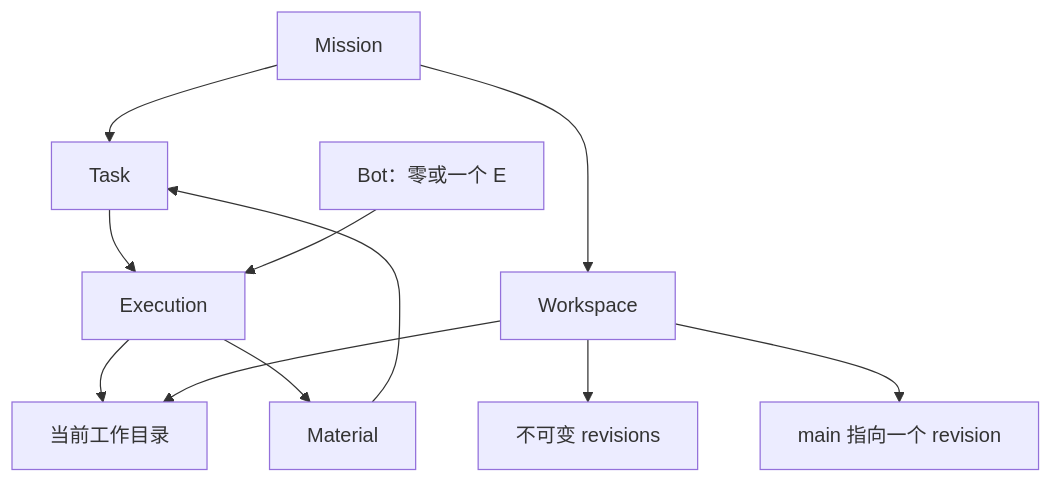
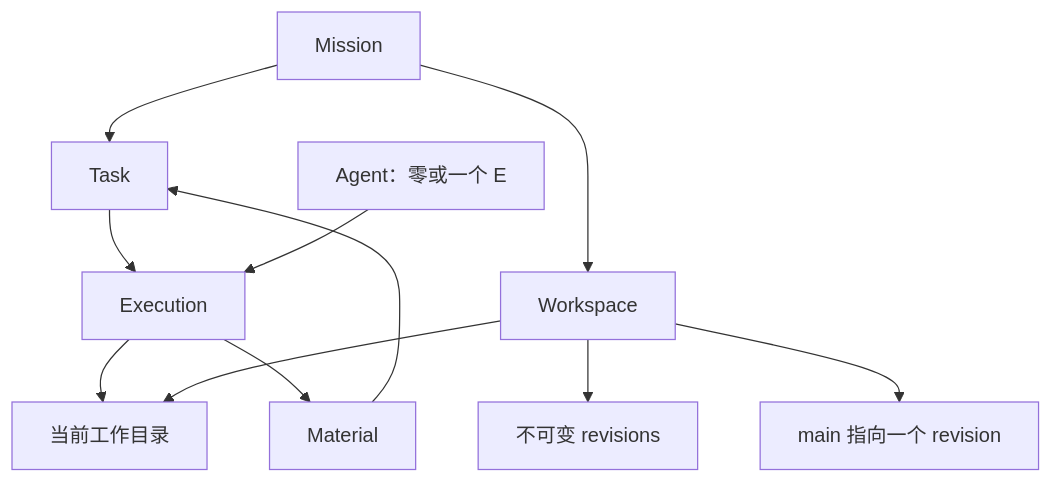
Before and after one commit to LuNa-shi/murm: the first of 2 diagrams in docs/phases/0002-task-material-workspace/01-model-and-runtime.md, drawn with Mermaid. The commit also changed other lines of this file and 548 other files, not shown here.

````diff
--- a/docs/phases/0002-task-material-workspace/01-model-and-runtime.md
+++ b/docs/phases/0002-task-material-workspace/01-model-and-runtime.md
@@ -42,13 +42,13 @@
 ```mermaid
 flowchart TD
     M["Mission"] --> T["Task"]
     M --> W["Workspace"]
     T --> E["Execution"]
-    B["Bot：零或一个 E"] --> E
+    B["Agent：零或一个 E"] --> E
     E --> P["当前工作目录"]
     W --> P
     W --> R["不可变 revisions"]
     W --> H["main 指向一个 revision"]
     E --> A["Material"]
     A --> T
 ```
````
